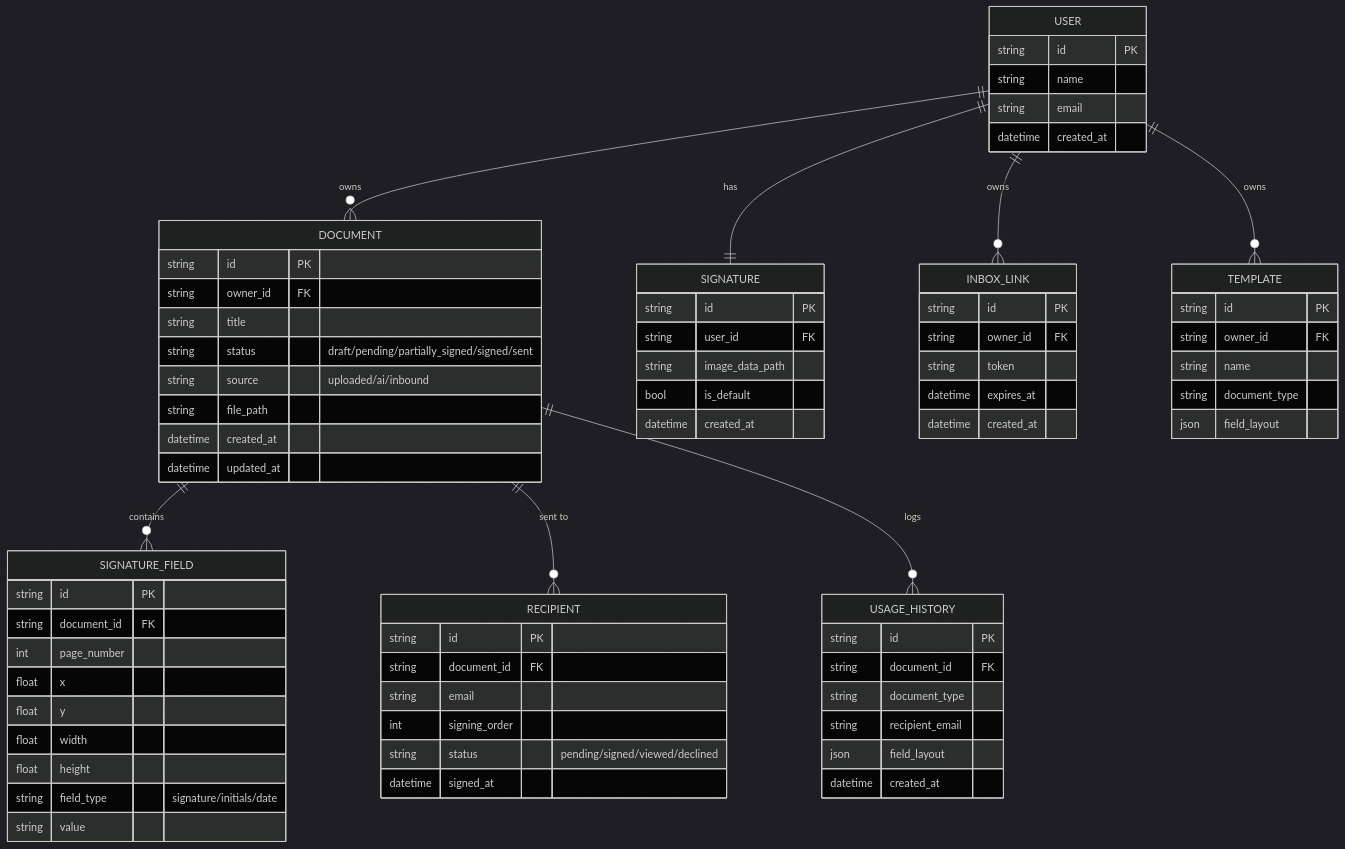
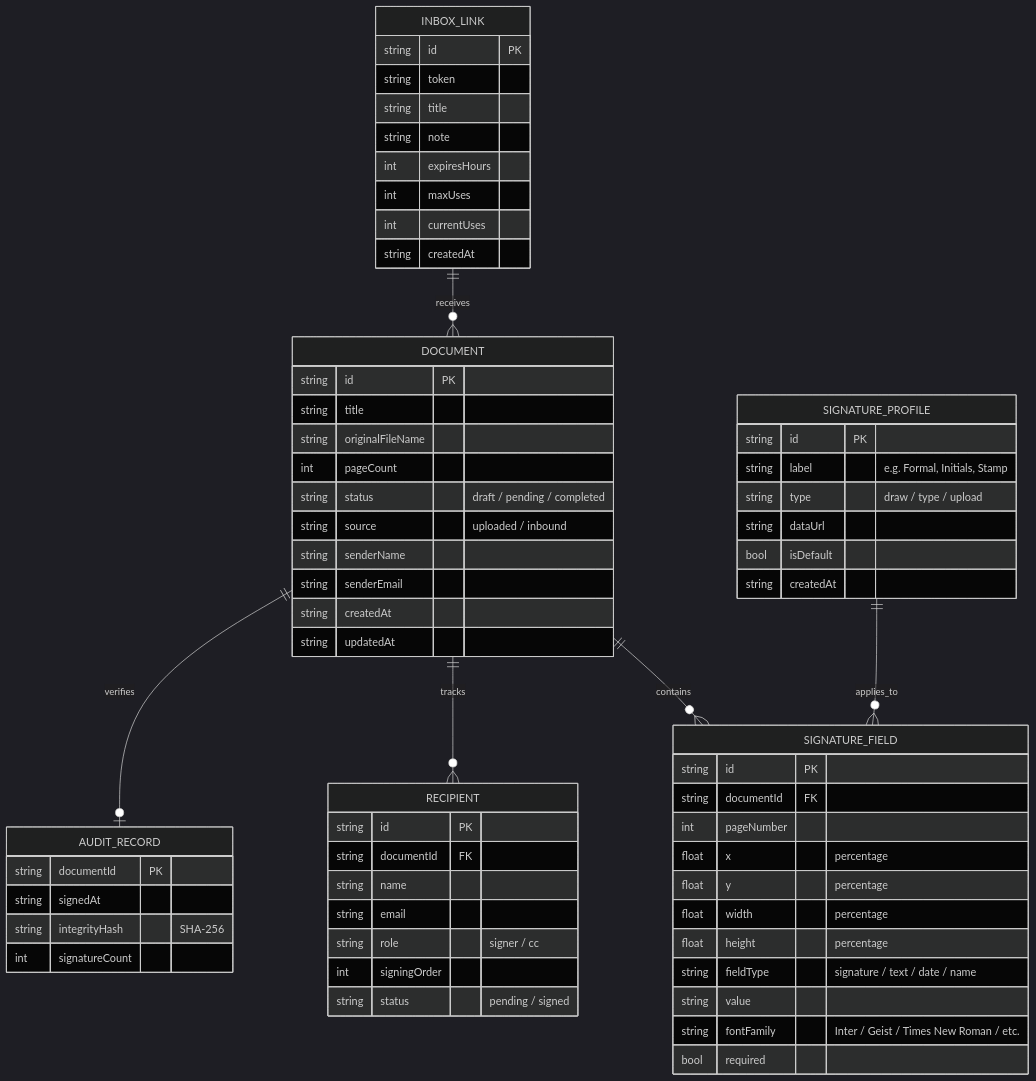
The fourth of 4 diagrams in esign-app-plan.md (nyxieeee/Inky), drawn with Mermaid (dark theme) before and after one commit. The commit also changed other lines of this file and 34 other files, not shown here.

Commit message:
fix/add: added supabase support and fixed ui bugs along with signature feature, renaming and inky token for shareable links

````diff
--- a/esign-app-plan.md
+++ b/esign-app-plan.md
@@ -182,75 +186,72 @@
 ```mermaid
 erDiagram
-    USER ||--o{ DOCUMENT : owns
-    USER ||--|| SIGNATURE : has
-    USER ||--o{ INBOX_LINK : owns
-    USER ||--o{ TEMPLATE : owns
     DOCUMENT ||--o{ SIGNATURE_FIELD : contains
-    DOCUMENT ||--o{ RECIPIENT : "sent to"
-    DOCUMENT ||--o{ USAGE_HISTORY : logs
+    DOCUMENT ||--o{ RECIPIENT : tracks
+    DOCUMENT ||--o| AUDIT_RECORD : verifies
+    SIGNATURE_PROFILE ||--o{ SIGNATURE_FIELD : applies_to
+    INBOX_LINK ||--o{ DOCUMENT : receives
 
-    USER {
+    DOCUMENT {
         string id PK
+        string title
+        string originalFileName
+        int pageCount
+        string status "draft / pending / completed"
+        string source "uploaded / inbound"
+        string senderName
+        string senderEmail
+        string createdAt
+        string updatedAt
+    }
+
+    SIGNATURE_PROFILE {
+        string id PK
+        string label "e.g. Formal, Initials, Stamp"
+        string type "draw / type / upload"
+        string dataUrl
+        bool isDefault
+        string createdAt
+    }
+
+    SIGNATURE_FIELD {
+        string id PK
+        string documentId FK
+        int pageNumber
+        float x "percentage"
+        float y "percentage"
+        float width "percentage"
+        float height "percentage"
+        string fieldType "signature / text / date / name"
+        string value
+        string fontFamily "Inter / Geist / Times New Roman / etc."
+        bool required
+    }
+
+    INBOX_LINK {
+        string id PK
+        string token
+        string title
+        string note
+        int expiresHours
+        int maxUses
+        int currentUses
+        string createdAt
+    }
+
+    RECIPIENT {
+        string id PK
+        string documentId FK
         string name
         string email
-        datetime created_at
+        string role "signer / cc"
+        int signingOrder
+        string status "pending / signed"
     }
-    DOCUMENT {
-        string id PK
-        string owner_id FK
-        string title
-        string status "draft/pending/partially_signed/signed/sent"
-        string source "uploaded/ai/inbound"
-        string file_path
-        datetime created_at
-        datetime updated_at
-    }
-    SIGNATURE {
-        string id PK
-        string user_id FK
-        string image_data_path
-        bool is_default
-        datetime created_at
-    }
-    SIGNATURE_FIELD {
-        string id PK
-        string document_id FK
-        int page_number
-        float x
-        float y
-        float width
-        float height
-        string field_type "signature/initials/date"
-        string value
-    }
-    RECIPIENT {
-        string id PK
-        string document_id FK
-        string email
-        int signing_order
-        string status "pending/signed/viewed/declined"
-        datetime signed_at
-    }
-    INBOX_LINK {
-        string id PK
-        string owner_id FK
-        string token
-        datetime expires_at
-        datetime created_at
-    }
-    TEMPLATE {
-        string id PK
-        string owner_id FK
-        string name
-        string document_type
-        json field_layout
-    }
-    USAGE_HISTORY {
-        string id PK
-        string document_id FK
-        string document_type
-        string recipient_email
-        json field_layout
-        datetime created_at
+
+    AUDIT_RECORD {
+        string documentId PK
+        string signedAt
+        string integrityHash "SHA-256"
+        int signatureCount
     }
 ```
````
